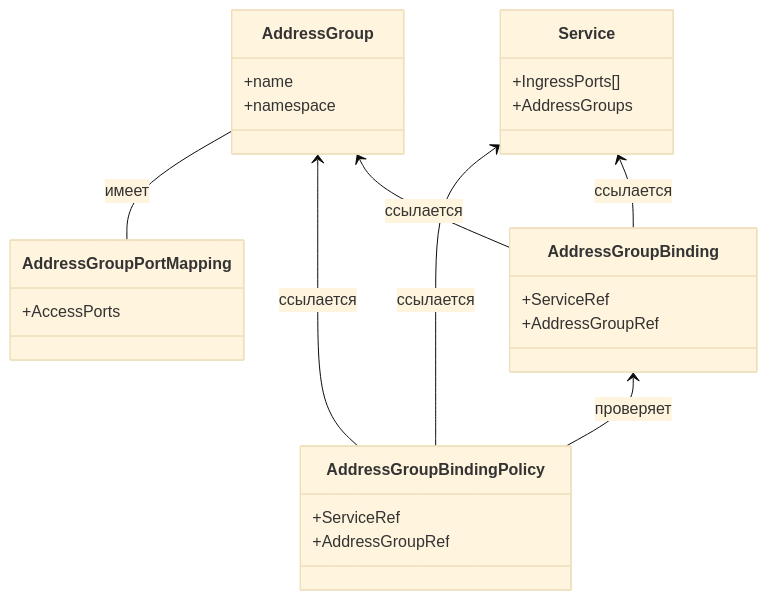
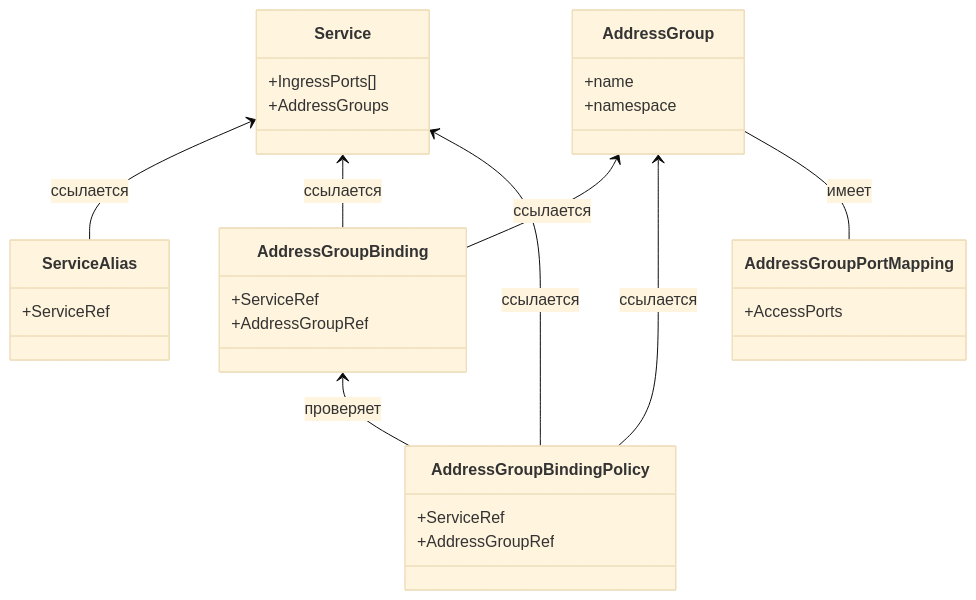
The diagram in docs/index.md (PRO-Robotech/netguard-k8s-controller), drawn with Mermaid (base theme) before and after one commit. The commit also changed other lines of this file and 5 other files, not shown here.

````diff
--- a/docs/index.md
+++ b/docs/index.md
@@ -39,33 +41,38 @@
 ```mermaid
 classDiagram
     class Service {
         +IngressPorts[]
         +AddressGroups
+    }
+
+    class ServiceAlias {
+        +ServiceRef
     }
 
     class AddressGroup {
         +name
         +namespace
     }
 
     class AddressGroupPortMapping {
         +AccessPorts
     }
 
     class AddressGroupBinding {
         +ServiceRef
         +AddressGroupRef
     }
 
     class AddressGroupBindingPolicy {
         +ServiceRef
         +AddressGroupRef
     }
 
+    Service <-- ServiceAlias : ссылается
     Service <-- AddressGroupBinding : ссылается
     AddressGroup <-- AddressGroupBinding : ссылается
     AddressGroup <-- AddressGroupBindingPolicy : ссылается
     Service <-- AddressGroupBindingPolicy : ссылается
     AddressGroupBinding <-- AddressGroupBindingPolicy : проверяет
     AddressGroup -- AddressGroupPortMapping : имеет
 ```
````
